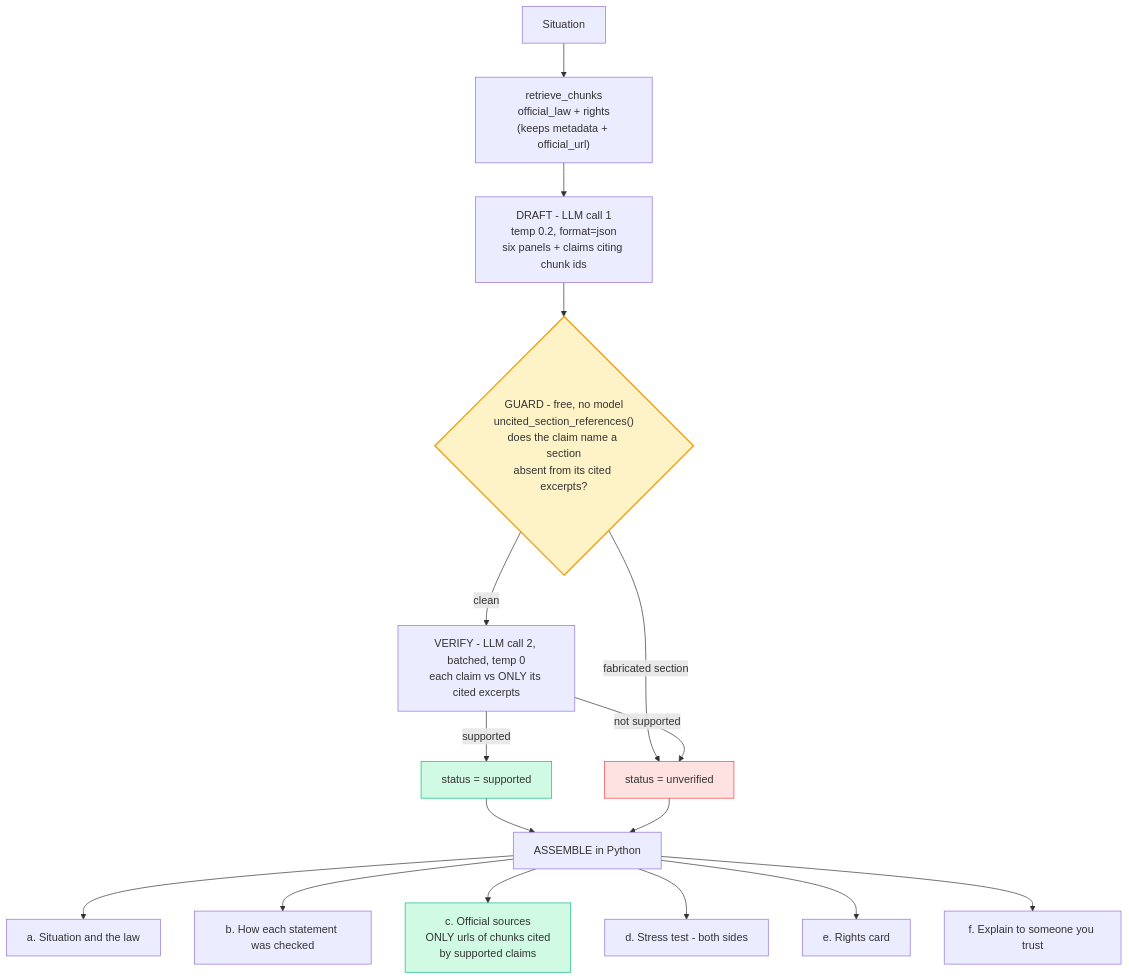
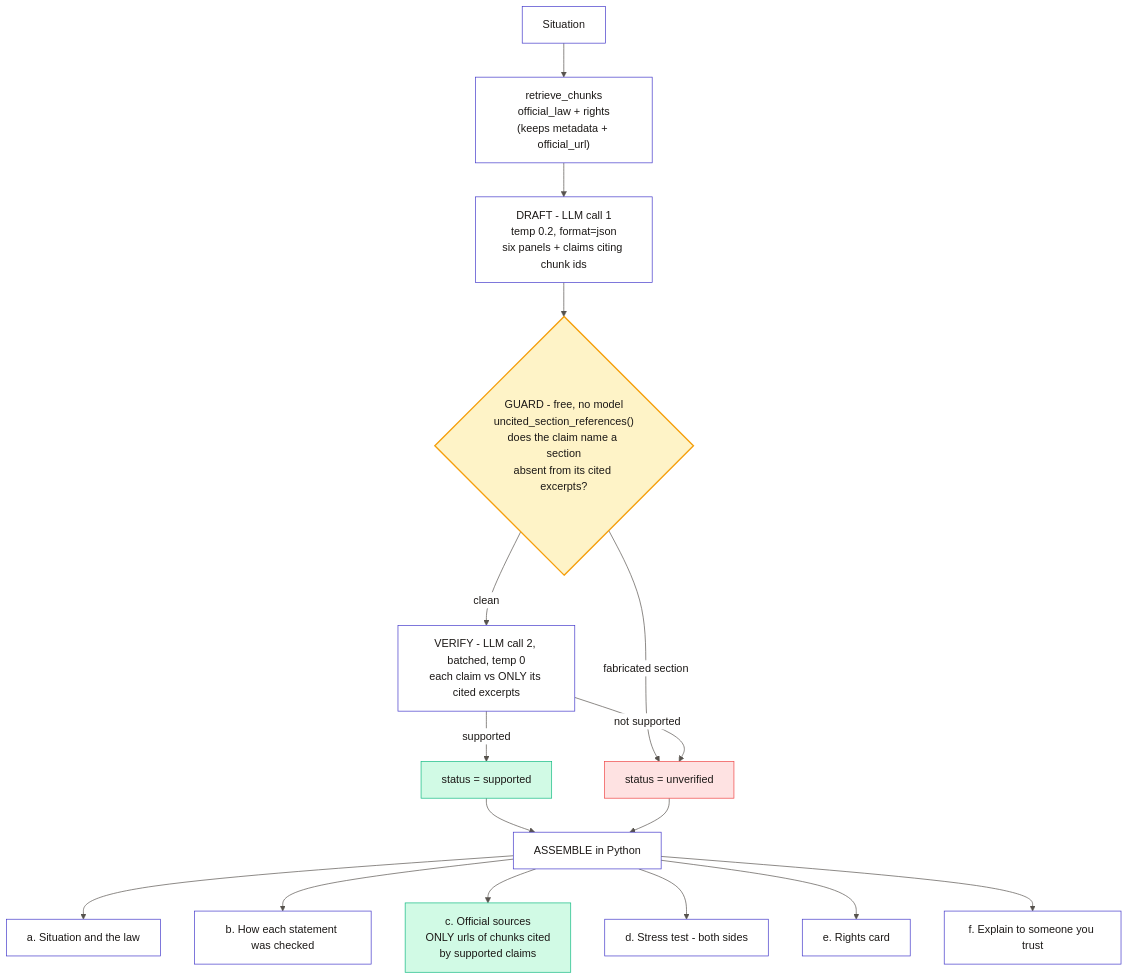
The fifth of 9 diagrams in docs/ARCHITECTURE.md (MAsTeRlssPd/AdhiKaar), drawn with Mermaid before and after one commit. The commit also changed other lines of this file and 1 other file, not shown here.

First line of the commit message:
Fix mermaid diagram contrast in GitHub light and dark mode

````diff
--- a/docs/ARCHITECTURE.md
+++ b/docs/ARCHITECTURE.md
@@ -315,28 +319,29 @@
 ```mermaid
+%%{init: {'theme':'base','themeVariables':{'background':'#FFFFFF','primaryColor':'#EEF2FF','primaryTextColor':'#1C1917','primaryBorderColor':'#4338CA','secondaryColor':'#FAF9F6','tertiaryColor':'#FFFFFF','lineColor':'#57534E','textColor':'#1C1917','mainBkg':'#FFFFFF','nodeBorder':'#4338CA','clusterBkg':'#FFFFFF','clusterBorder':'#4338CA','edgeLabelBackground':'#FFFFFF','actorBkg':'#EEF2FF','actorTextColor':'#1C1917','actorBorder':'#4338CA','signalColor':'#1C1917','signalTextColor':'#1C1917','noteBkgColor':'#FEF3C7','noteTextColor':'#1C1917','noteBorderColor':'#F59E0B','labelBoxBkgColor':'#EEF2FF','labelTextColor':'#1C1917','sequenceNumberColor':'#FFFFFF'}}}%%
 flowchart TD
     S["Situation"] --> R["retrieve_chunks<br/>official_law + rights<br/>(keeps metadata + official_url)"]
     R --> D["DRAFT - LLM call 1<br/>temp 0.2, format=json<br/>six panels + claims citing chunk ids"]
 
     D --> G{"GUARD - free, no model<br/>uncited_section_references()<br/>does the claim name a section<br/>absent from its cited excerpts?"}
 
     G -->|"fabricated section"| X["status = unverified"]
     G -->|"clean"| V["VERIFY - LLM call 2, batched, temp 0<br/>each claim vs ONLY its cited excerpts"]
 
     V -->|"supported"| OK["status = supported"]
     V -->|"not supported"| X
 
     OK --> ASM["ASSEMBLE in Python"]
     X --> ASM
 
     ASM --> P1["a. Situation and the law"]
     ASM --> P2["b. How each statement was checked"]
     ASM --> P3["c. Official sources<br/>ONLY urls of chunks cited<br/>by supported claims"]
     ASM --> P4["d. Stress test - both sides"]
     ASM --> P5["e. Rights card"]
     ASM --> P6["f. Explain to someone you trust"]
 
-    style G fill:#FEF3C7,stroke:#F59E0B,stroke-width:2px
-    style X fill:#FEE2E2,stroke:#EF4444
-    style OK fill:#D1FAE5,stroke:#10B981
-    style P3 fill:#D1FAE5,stroke:#10B981
+    style G fill:#FEF3C7,stroke:#F59E0B,stroke-width:2px,color:#1C1917
+    style X fill:#FEE2E2,stroke:#EF4444,color:#1C1917
+    style OK fill:#D1FAE5,stroke:#10B981,color:#1C1917
+    style P3 fill:#D1FAE5,stroke:#10B981,color:#1C1917
 ```
````
